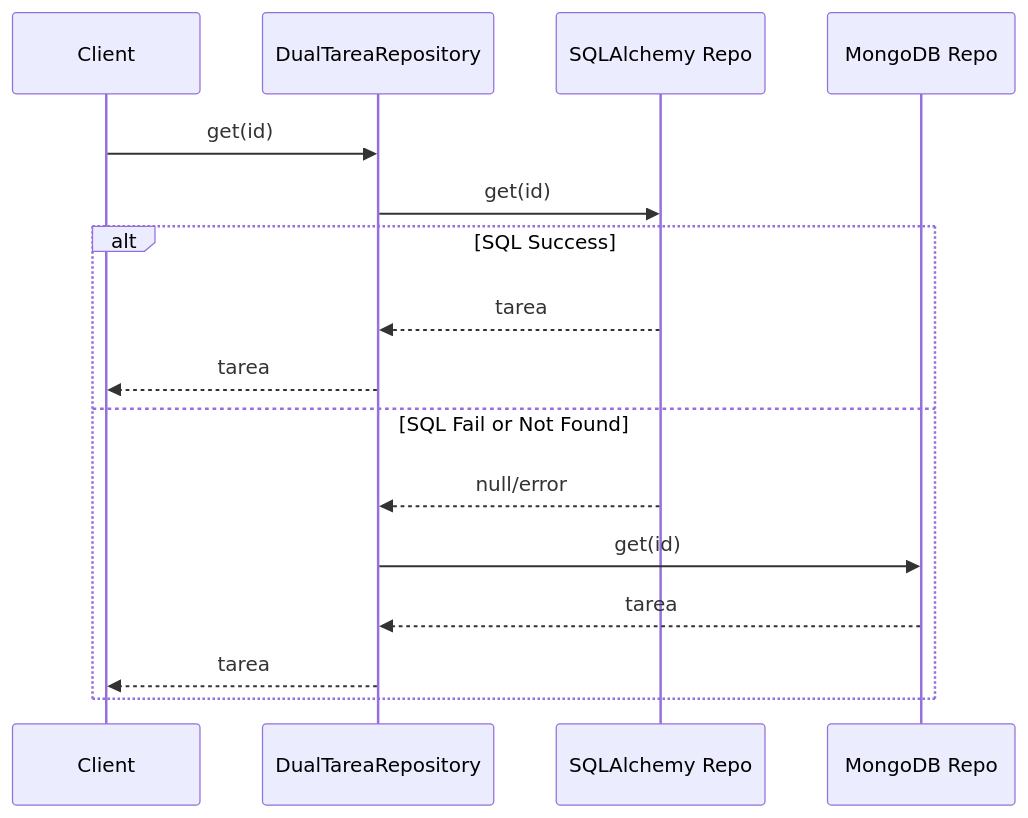
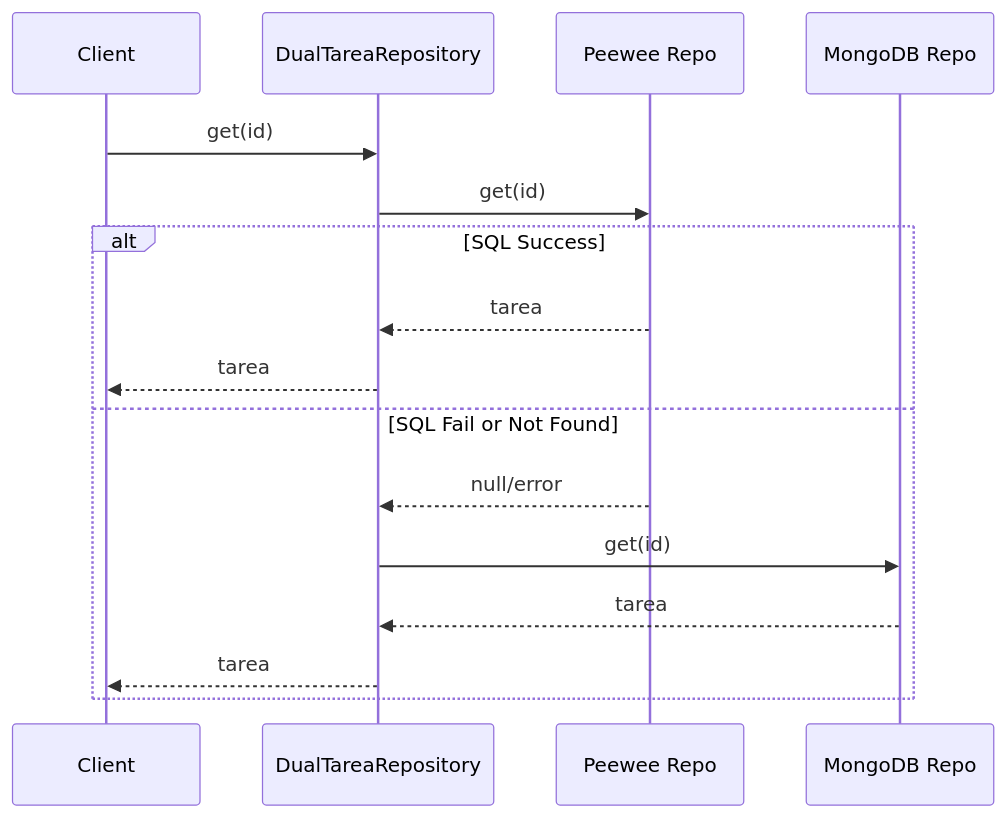
The third of 4 diagrams in infrastructure/dual/README.md (PabSdev/Arquitectura), drawn with Mermaid before and after one commit. The commit also changed other lines of this file and 19 other files, not shown here.

First line of the commit message:
Replace SQLAlchemy with Peewee ORM

````diff
--- a/infrastructure/dual/README.md
+++ b/infrastructure/dual/README.md
@@ -115,20 +115,20 @@
 ```mermaid
 sequenceDiagram
     participant Client
     participant DualRepo as DualTareaRepository
-    participant SQL as SQLAlchemy Repo
+    participant SQL as Peewee Repo
     participant Mongo as MongoDB Repo
     
     Client->>DualRepo: get(id)
     DualRepo->>SQL: get(id)
     
     alt SQL Success
         SQL-->>DualRepo: tarea
         DualRepo-->>Client: tarea
     else SQL Fail or Not Found
         SQL-->>DualRepo: null/error
         DualRepo->>Mongo: get(id)
         Mongo-->>DualRepo: tarea
         DualRepo-->>Client: tarea
     end
 ```
````
